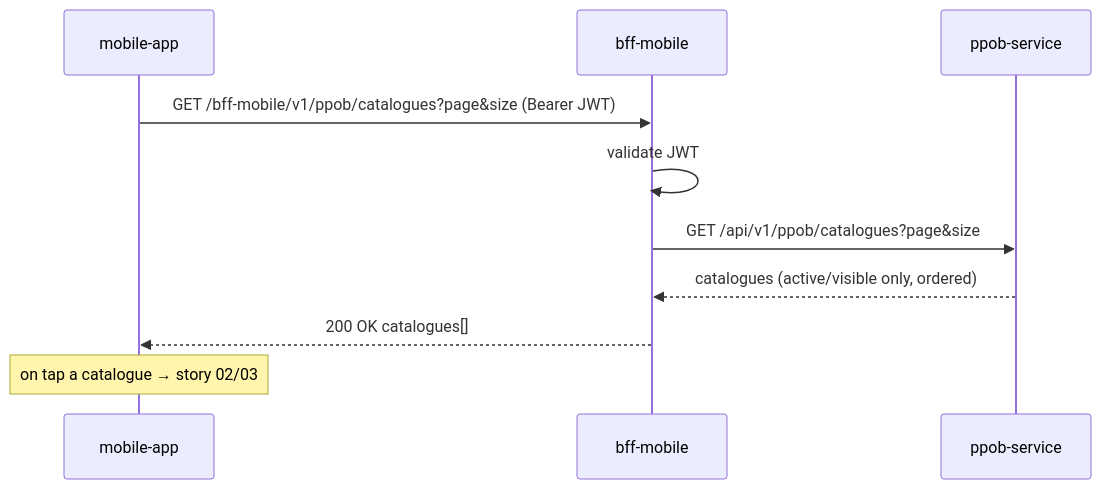
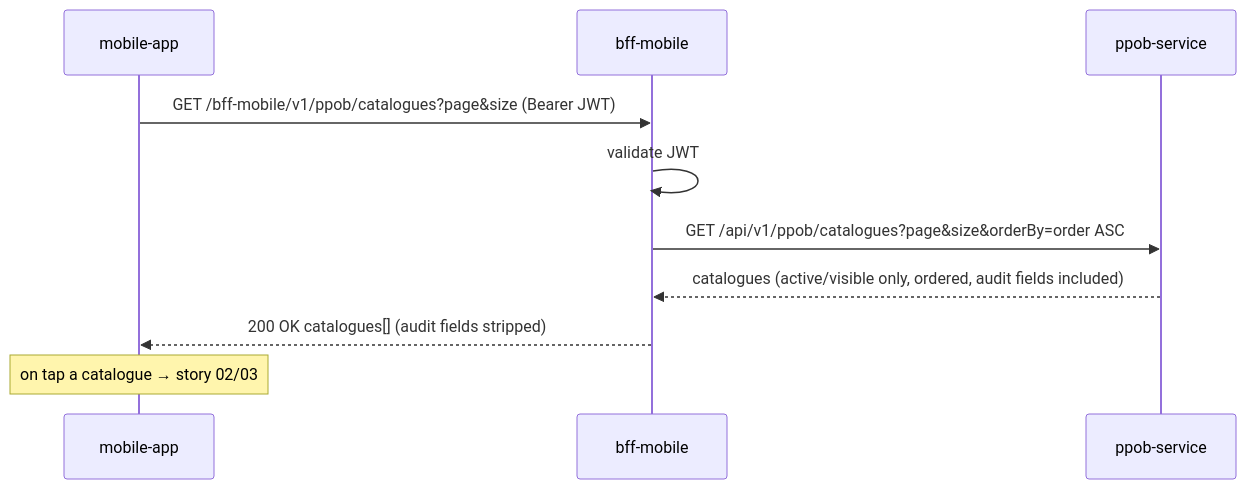
Before and after one commit to NaufalA/system-design: the diagram in designs/ppob-bnpl-pilot/api/stories/01-browse-catalogues.md, drawn with Mermaid. The commit also changed other lines of this file and 7 other files, not shown here.

````diff
--- a/designs/ppob-bnpl-pilot/api/stories/01-browse-catalogues.md
+++ b/designs/ppob-bnpl-pilot/api/stories/01-browse-catalogues.md
@@ -5,13 +5,13 @@
 ```mermaid
 sequenceDiagram
     participant app as mobile-app
     participant bff as bff-mobile
     participant ppob as ppob-service
 
     app->>bff: GET /bff-mobile/v1/ppob/catalogues?page&size (Bearer JWT)
     bff->>bff: validate JWT
-    bff->>ppob: GET /api/v1/ppob/catalogues?page&size
-    ppob-->>bff: catalogues (active/visible only, ordered)
-    bff-->>app: 200 OK catalogues[]
+    bff->>ppob: GET /api/v1/ppob/catalogues?page&size&orderBy=order ASC
+    ppob-->>bff: catalogues (active/visible only, ordered, audit fields included)
+    bff-->>app: 200 OK catalogues[] (audit fields stripped)
     Note over app: on tap a catalogue → story 02/03
 ```
````
